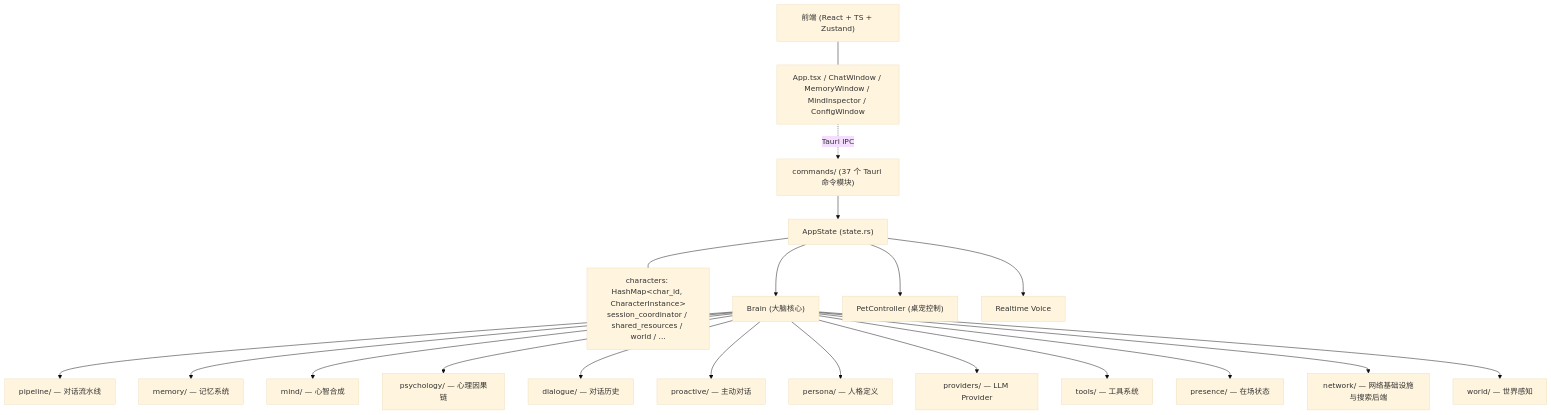
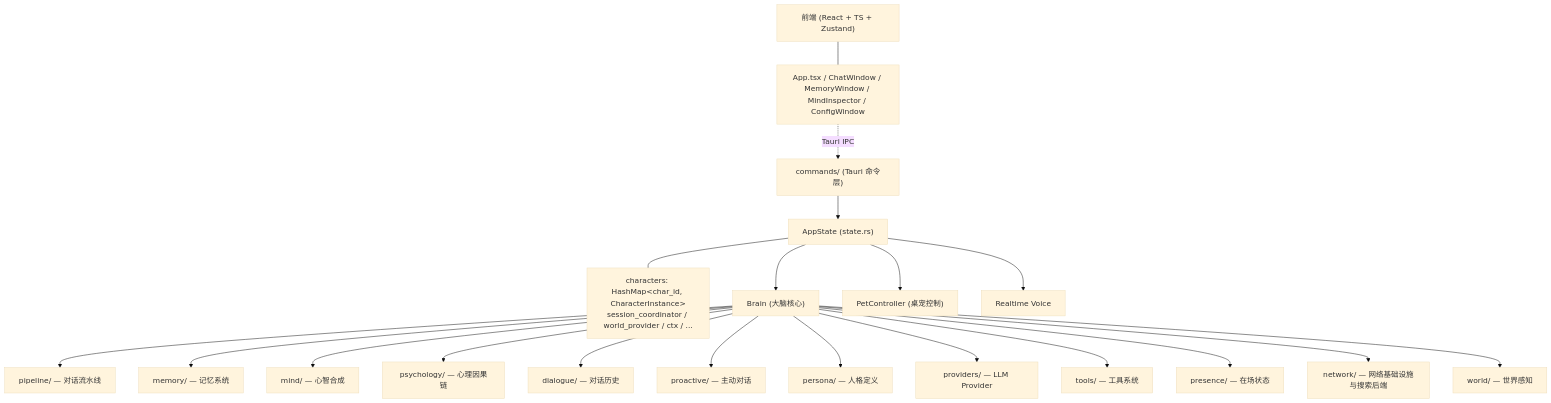
Before and after one commit to SpacervalLam/Vivian-ai-desktop-pet: the diagram in CODE_WIKI.md, drawn with Mermaid (base theme). The commit also changed other lines of this file and 1 other file, not shown here.

First line of the commit message:
docs: streamline README and refresh architecture wiki

````diff
--- a/CODE_WIKI.md
+++ b/CODE_WIKI.md
@@ -62,33 +61,33 @@
 ```mermaid
 flowchart TD
     FE["前端 (React + TS + Zustand)"]
     FE_SUB["App.tsx / ChatWindow / MemoryWindow / MindInspector / ConfigWindow"]
-    CMD["commands/ (37 个 Tauri 命令模块)"]
+    CMD["commands/ (Tauri 命令层)"]
     APP["AppState (state.rs)"]
-    APP_SUB["characters: HashMap&lt;char_id, CharacterInstance&gt;<br/>session_coordinator / shared_resources / world / ..."]
+    APP_SUB["characters: HashMap&lt;char_id, CharacterInstance&gt;<br/>session_coordinator / world_provider / ctx / ..."]
     BRAIN["Brain (大脑核心)"]
     PET["PetController (桌宠控制)"]
     VOICE["Realtime Voice"]
     MOD1["pipeline/ — 对话流水线"]
     MOD2["memory/ — 记忆系统"]
     MOD3["mind/ — 心智合成"]
     MOD4["psychology/ — 心理因果链"]
     MOD5["dialogue/ — 对话历史"]
     MOD6["proactive/ — 主动对话"]
     MOD7["persona/ — 人格定义"]
     MOD8["providers/ — LLM Provider"]
     MOD9["tools/ — 工具系统"]
     MOD10["presence/ — 在场状态"]
     MOD11["network/ — 网络基础设施与搜索后端"]
     MOD12["world/ — 世界感知"]
 
     FE --- FE_SUB
     FE_SUB -.->|Tauri IPC| CMD
     CMD --> APP
     APP --- APP_SUB
     APP --> BRAIN
     APP --> PET
     APP --> VOICE
     BRAIN --> MOD1 & MOD2 & MOD3 & MOD4 & MOD5 & MOD6
     BRAIN --> MOD7 & MOD8 & MOD9 & MOD10 & MOD11 & MOD12
 ```
````
